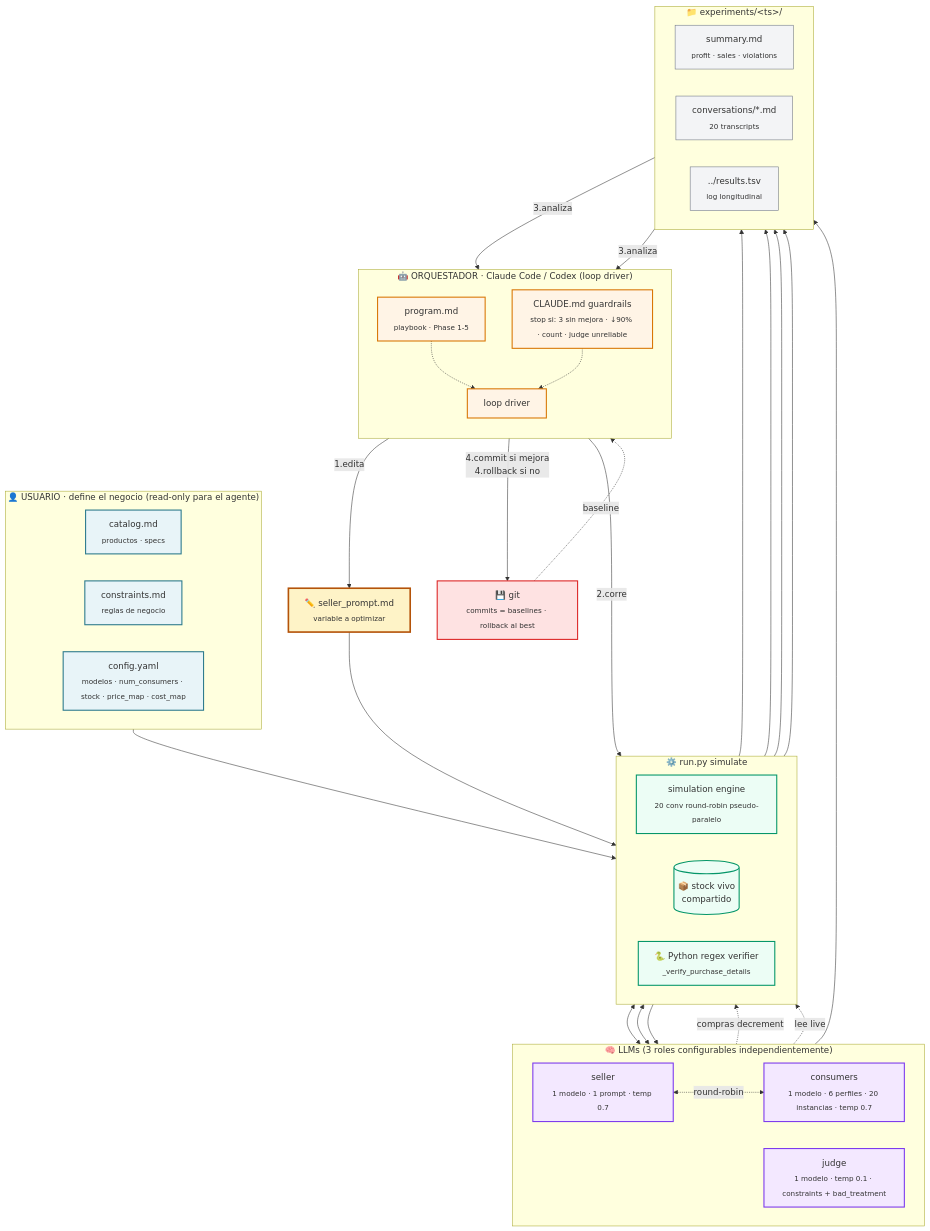
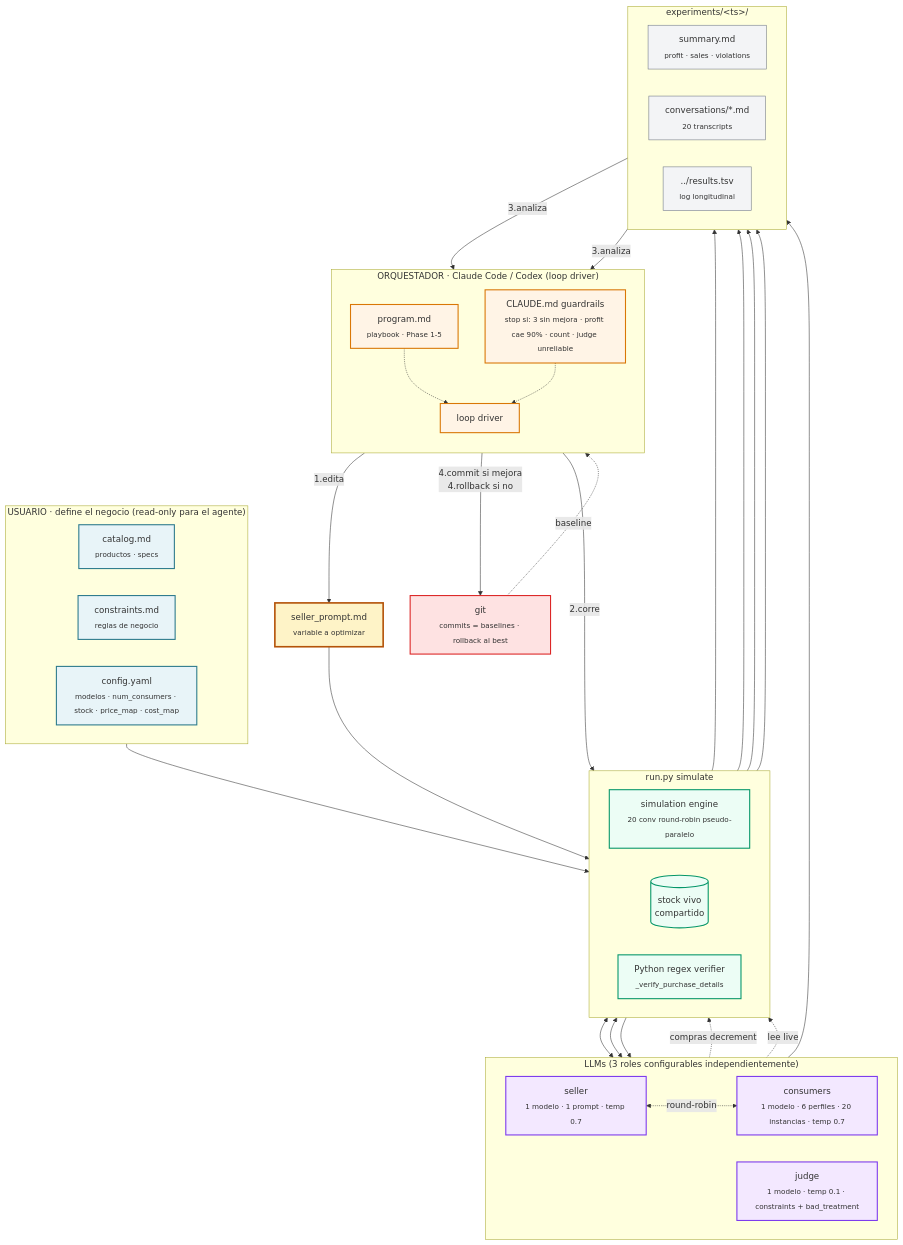
One commit to mfalcon/sales-arena changed the diagram in docs/methodology.md. Above: the diagram before and after it, drawn with Mermaid. The commit also changed other lines of this file and 2 other files, not shown here.

Commit message:
docs: remove emojis from diagram files
Strip decorative emojis from the three doc diagrams (loop-macro, methodology,
turns-and-feedback) and their narrative text. Keeps the labels and structure
intact; only the icons are gone.

````diff
--- a/docs/methodology.md
+++ b/docs/methodology.md
@@ -5,7 +5,7 @@
 ```mermaid
 flowchart TB
     %% USER ZONE
-    subgraph USR["👤 USUARIO · define el negocio (read-only para el agente)"]
+    subgraph USR["USUARIO · define el negocio (read-only para el agente)"]
         direction LR
         CAT[catalog.md<br/><sub>productos · specs</sub>]
         CON[constraints.md<br/><sub>reglas de negocio</sub>]
@@ -13,28 +13,28 @@
     end
 
     %% ORCHESTRATOR
-    subgraph ORC["🤖 ORQUESTADOR · Claude Code / Codex (loop driver)"]
+    subgraph ORC["ORQUESTADOR · Claude Code / Codex (loop driver)"]
         direction TB
         AGENT[loop driver]
         PROG[program.md<br/><sub>playbook · Phase 1-5</sub>]
-        GUARD[CLAUDE.md guardrails<br/><sub>stop si: 3 sin mejora · ↓90% · count · judge unreliable</sub>]
+        GUARD[CLAUDE.md guardrails<br/><sub>stop si: 3 sin mejora · profit cae 90% · count · judge unreliable</sub>]
         PROG -.-> AGENT
         GUARD -.-> AGENT
     end
 
     %% WRITABLE
-    SP[✏️ seller_prompt.md<br/><sub>variable a optimizar</sub>]
+    SP[seller_prompt.md<br/><sub>variable a optimizar</sub>]
 
     %% ENGINE
-    subgraph ENG["⚙️ run.py simulate"]
+    subgraph ENG["run.py simulate"]
         direction LR
         SIM[simulation engine<br/><sub>20 conv round-robin pseudo-paralelo</sub>]
-        STOCK[(📦 stock vivo<br/>compartido)]
-        VER[🐍 Python regex verifier<br/><sub>_verify_purchase_details</sub>]
+        STOCK[(stock vivo<br/>compartido)]
+        VER[Python regex verifier<br/><sub>_verify_purchase_details</sub>]
     end
 
     %% LLMs
-    subgraph LLM["🧠 LLMs (3 roles configurables independientemente)"]
+    subgraph LLM["LLMs (3 roles configurables independientemente)"]
         direction LR
         SLLM[seller<br/><sub>1 modelo · 1 prompt · temp 0.7</sub>]
         CLLM[consumers<br/><sub>1 modelo · 6 perfiles · 20 instancias · temp 0.7</sub>]
@@ -42,7 +42,7 @@
     end
 
     %% OUTPUT
-    subgraph OUT["📁 experiments/&lt;ts&gt;/"]
+    subgraph OUT["experiments/&lt;ts&gt;/"]
         direction LR
         SUM[summary.md<br/><sub>profit · sales · violations</sub>]
         CONV[conversations/*.md<br/><sub>20 transcripts</sub>]
@@ -50,7 +50,7 @@
     end
 
     %% MEMORY
-    GIT[💾 git<br/><sub>commits = baselines · rollback al best</sub>]
+    GIT[git<br/><sub>commits = baselines · rollback al best</sub>]
 
     %% FLOWS
     USR --> ENG
````
